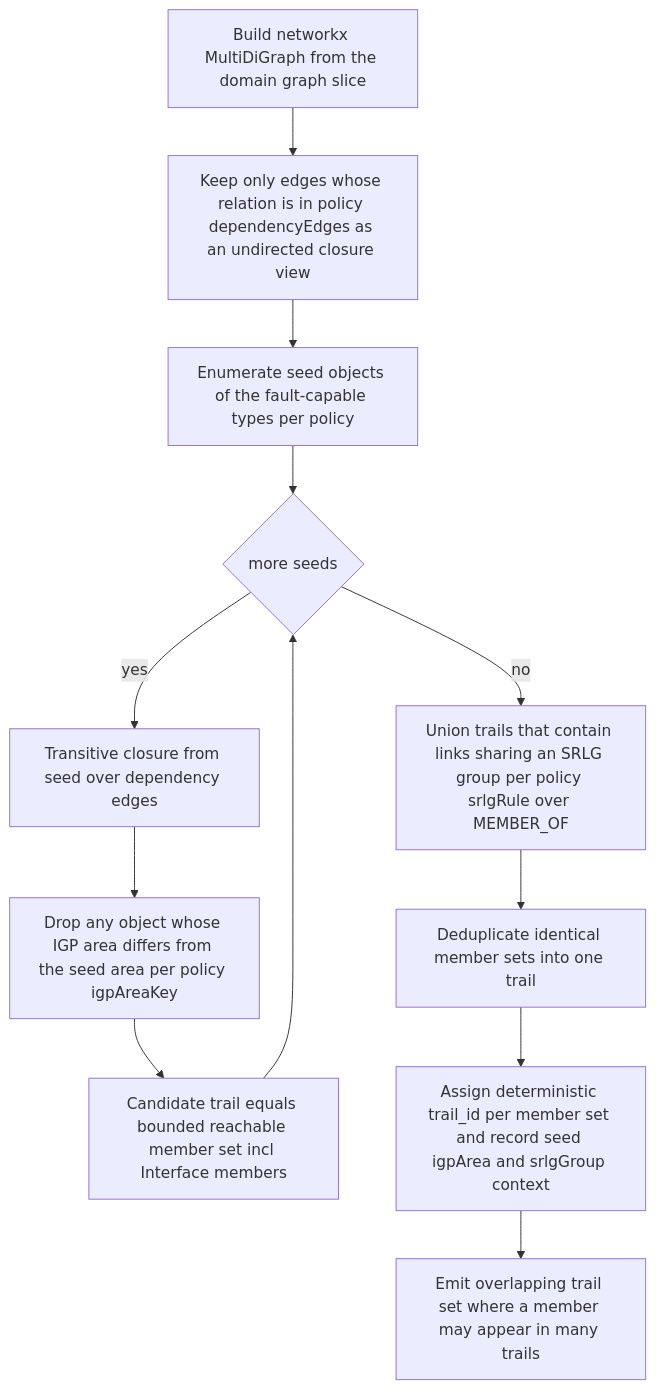
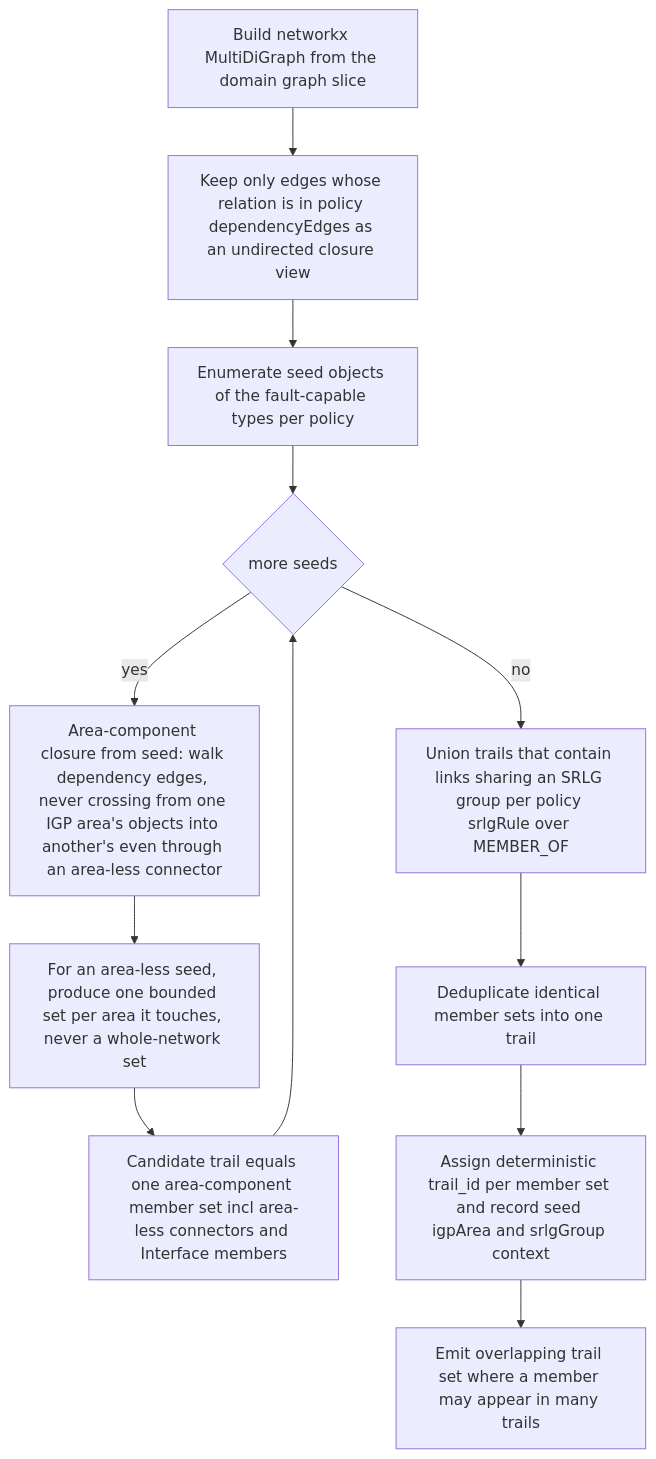
The sixth of 6 diagrams in services/trail-builder/design.md (nikhilmohan/correlation-platform), drawn with Mermaid before and after one commit. The commit also changed other lines of this file and 10 other files, not shown here.

First line of the commit message:
merge: trail-builder → main (area-bounded closure #225 + current-snapshot #226) (#231)

````diff
--- a/services/trail-builder/design.md
+++ b/services/trail-builder/design.md
@@ -582,14 +656,14 @@
 ```mermaid
 flowchart TD
   S["Build networkx MultiDiGraph from the domain graph slice"] --> F["Keep only edges whose relation is in policy dependencyEdges as an undirected closure view"]
   F --> SEEDS["Enumerate seed objects of the fault-capable types per policy"]
   SEEDS --> LOOP{"more seeds"}
-  LOOP -->|yes| CLOSE["Transitive closure from seed over dependency edges"]
-  CLOSE --> BOUND["Drop any object whose IGP area differs from the seed area per policy igpAreaKey"]
-  BOUND --> CAND["Candidate trail equals bounded reachable member set incl Interface members"]
+  LOOP -->|yes| CLOSE["Area-component closure from seed: walk dependency edges, never crossing from one IGP area's objects into another's even through an area-less connector"]
+  CLOSE --> BOUND["For an area-less seed, produce one bounded set per area it touches, never a whole-network set"]
+  BOUND --> CAND["Candidate trail equals one area-component member set incl area-less connectors and Interface members"]
   CAND --> LOOP
   LOOP -->|no| SRLG["Union trails that contain links sharing an SRLG group per policy srlgRule over MEMBER_OF"]
   SRLG --> DEDUP["Deduplicate identical member sets into one trail"]
   DEDUP --> ID["Assign deterministic trail_id per member set and record seed igpArea and srlgGroup context"]
   ID --> OUT["Emit overlapping trail set where a member may appear in many trails"]
 ```
````
